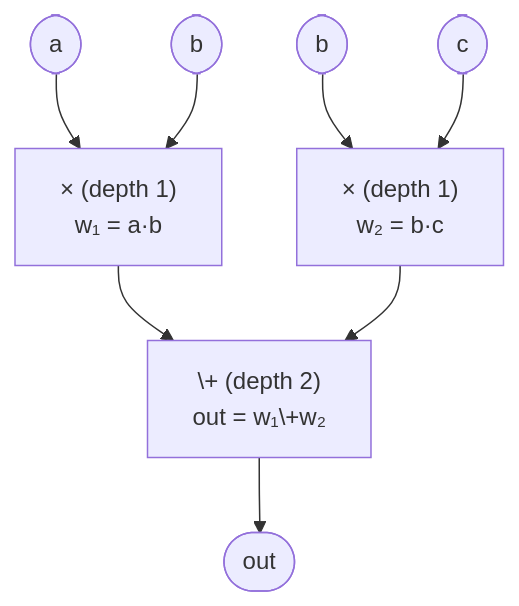
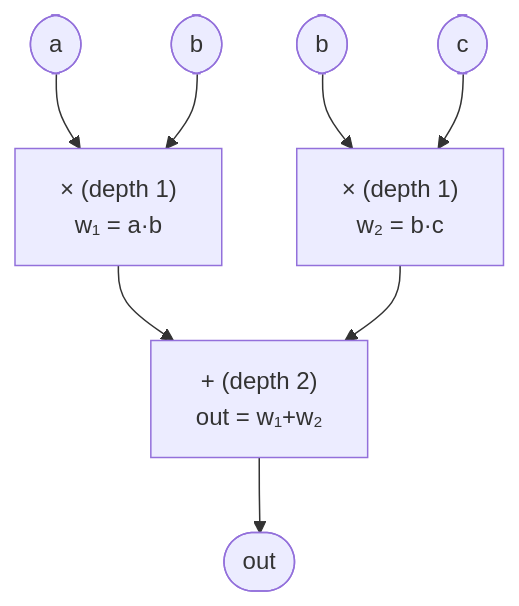
The third of 6 diagrams in content/zkverify-series/arithmetic-circuits/03-arithmetic-circuits.md (nhatminh65537/kitsu-quartz), drawn with Mermaid before and after one commit. The commit also changed other lines of this file and 127 other files, not shown here.

````diff
--- a/content/zkverify-series/arithmetic-circuits/03-arithmetic-circuits.md
+++ b/content/zkverify-series/arithmetic-circuits/03-arithmetic-circuits.md
@@ -99,7 +91,7 @@
 ```mermaid
 graph TD
     a([a]) & b1([b]) --> mul1["× (depth 1)<br>w₁ = a·b"]
     b2([b]) & c([c]) --> mul2["× (depth 1)<br>w₂ = b·c"]
-    mul1 & mul2 --> add["\+ (depth 2)<br>out = w₁\+w₂"]
+    mul1 & mul2 --> add["+ (depth 2)<br>out = w₁+w₂"]
     add --> out(["out"])
 ```
````
